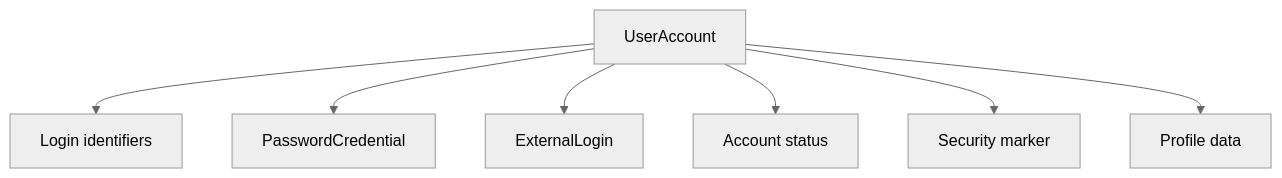
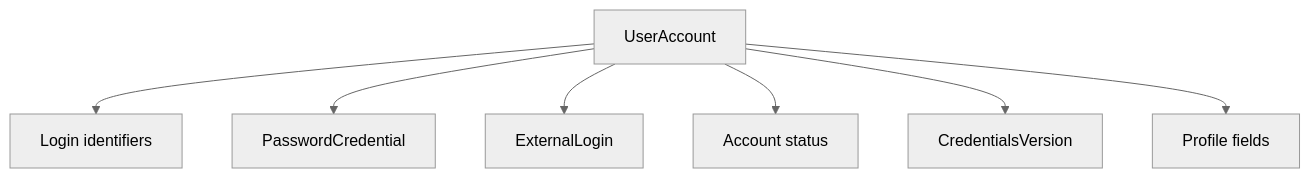
The diagram in 03_ASPNET_Core_Authentication_Authorization/02_User_Accounts_Credentials_Storage.md (EugenTovarchi/Backend-Engineer-Handbook), drawn with Mermaid (neutral theme) before and after one commit. The commit also changed other lines of this file and 6 other files, not shown here.

````diff
--- a/03_ASPNET_Core_Authentication_Authorization/02_User_Accounts_Credentials_Storage.md
+++ b/03_ASPNET_Core_Authentication_Authorization/02_User_Accounts_Credentials_Storage.md
@@ -127,9 +131,9 @@
 ```mermaid
 flowchart TD
     A[UserAccount] --> L[Login identifiers]
     A --> P[PasswordCredential]
     A --> E[ExternalLogin]
     A --> S[Account status]
-    A --> M[Security marker]
-    A --> R[Profile data]
+    A --> M[CredentialsVersion]
+    A --> R[Profile fields]
 ```
````
